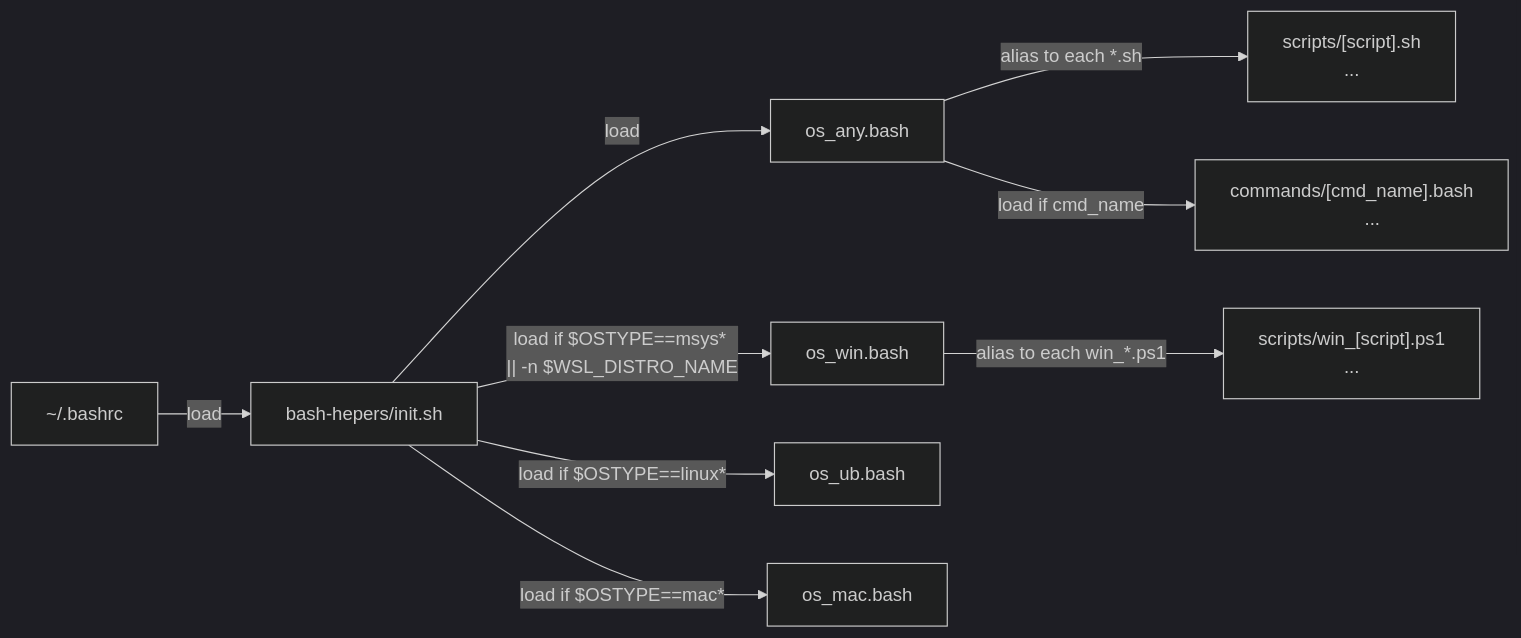
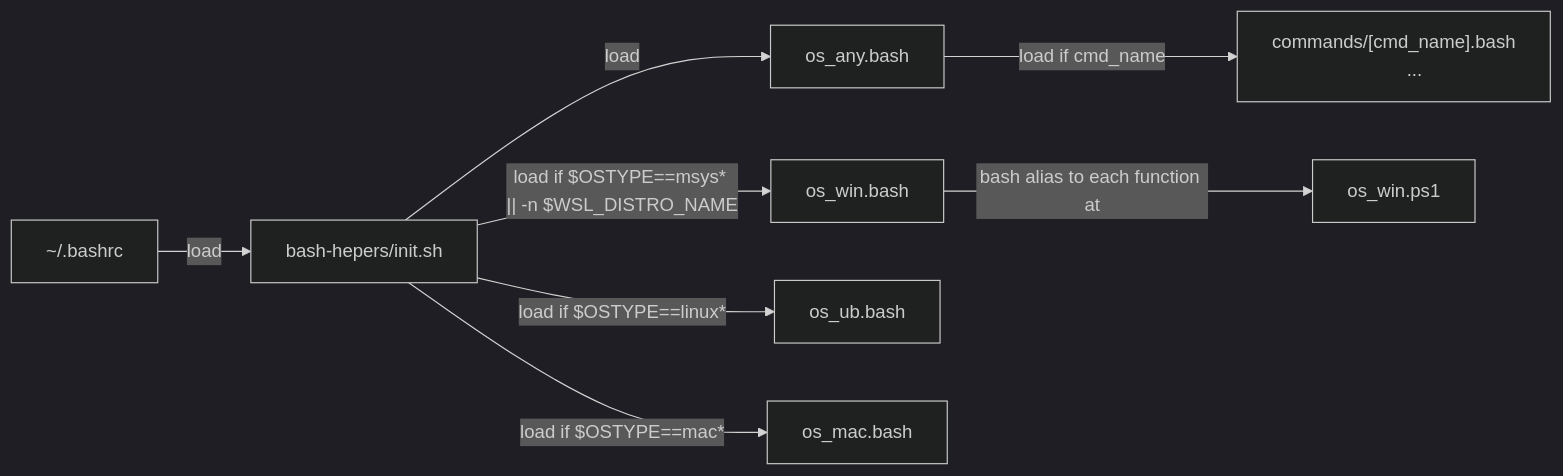
One commit to alanlivio/ps-sh-helpers changed the diagram in README.md. Above: the diagram before and after it, drawn with Mermaid. The commit also changed 3 other files, not shown here.

Commit message:
remove alias to scripts and update README

````diff
--- a/README.md
+++ b/README.md
@@ -8,30 +8,22 @@
 ```mermaid
 %%{init: {'theme':'dark'}}%%
 flowchart LR
     bashrc["~/.bashrc"]
     init["bash-hepers/init.sh"]
     anyos["os_any.bash"]
+    oswinps1["os_win.ps1"]
     command-dependent["
         commands/[cmd_name].bash
         ...
     "]
     win["os_win.bash"]
     ubu["os_ub.bash"]
     mac["os_mac.bash"]
-    scripts_sh["
-        scripts/[script].sh
-        ...
-    "]
-    scripts_ps1["
-        scripts/win_[script].ps1
-        ...
-    "]
     bashrc --> |"load"| init
     init --> |"load"| anyos
-    anyos --> |"alias to each *.sh"| scripts_sh
     anyos --> |"load if cmd_name"| command-dependent
-    win --> |"alias to each win_*.ps1"| scripts_ps1
+    win --> |"bash alias to each function at"| oswinps1
     init --> |"load if $OSTYPE==msys* || -n $WSL_DISTRO_NAME"| win
     init --> |"load if $OSTYPE==linux*"| ubu
     init --> |"load if $OSTYPE==mac*"| mac
 ```
````
